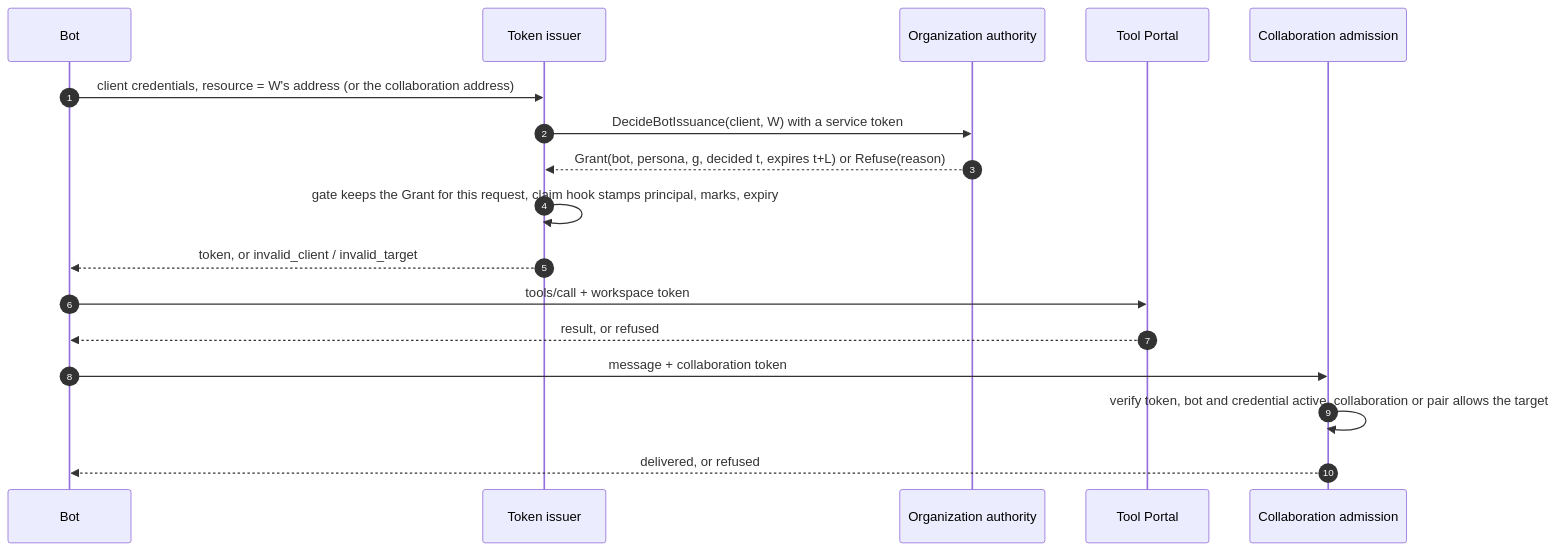
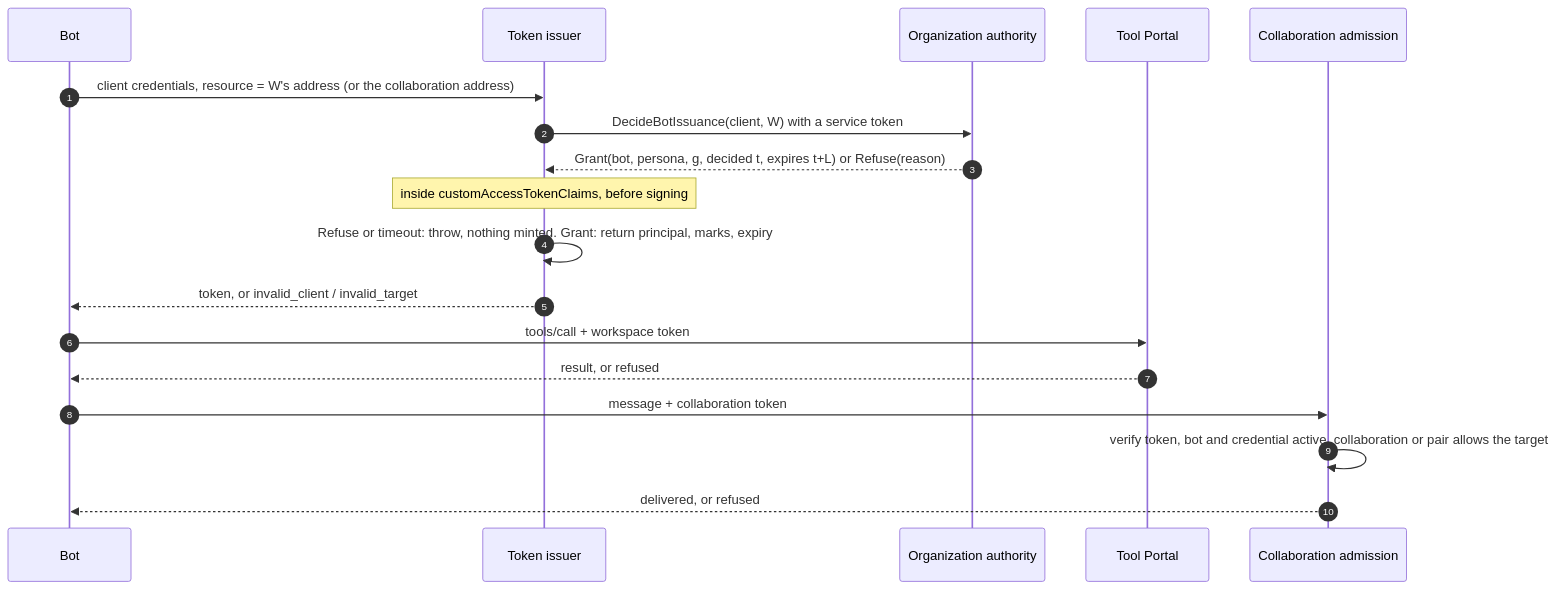
Before and after one commit to ShravanSunder/agent-vm: the fourth of 7 diagrams in docs/specs/2026-10-24-agent-identity/program-design.md, drawn with Mermaid. The commit also changed other lines of this file and 4 other files, not shown here.

````diff
--- a/docs/specs/2026-10-24-agent-identity/program-design.md
+++ b/docs/specs/2026-10-24-agent-identity/program-design.md
@@ -438,19 +443,20 @@
 ```mermaid
 sequenceDiagram
   autonumber
   participant BOT as Bot
   participant B as Token issuer
   participant OA as Organization authority
   participant P as Tool Portal
   participant CA as Collaboration admission
   BOT->>B: client credentials, resource = W's address (or the collaboration address)
   B->>OA: DecideBotIssuance(client, W) with a service token
   OA-->>B: Grant(bot, persona, g, decided t, expires t+L) or Refuse(reason)
-  B->>B: gate keeps the Grant for this request, claim hook stamps principal, marks, expiry
+  Note over B: inside customAccessTokenClaims, before signing
+  B->>B: Refuse or timeout: throw, nothing minted. Grant: return principal, marks, expiry
   B-->>BOT: token, or invalid_client / invalid_target
   BOT->>P: tools/call + workspace token
   P-->>BOT: result, or refused
   BOT->>CA: message + collaboration token
   CA->>CA: verify token, bot and credential active, collaboration or pair allows the target
   CA-->>BOT: delivered, or refused
 ```
````
